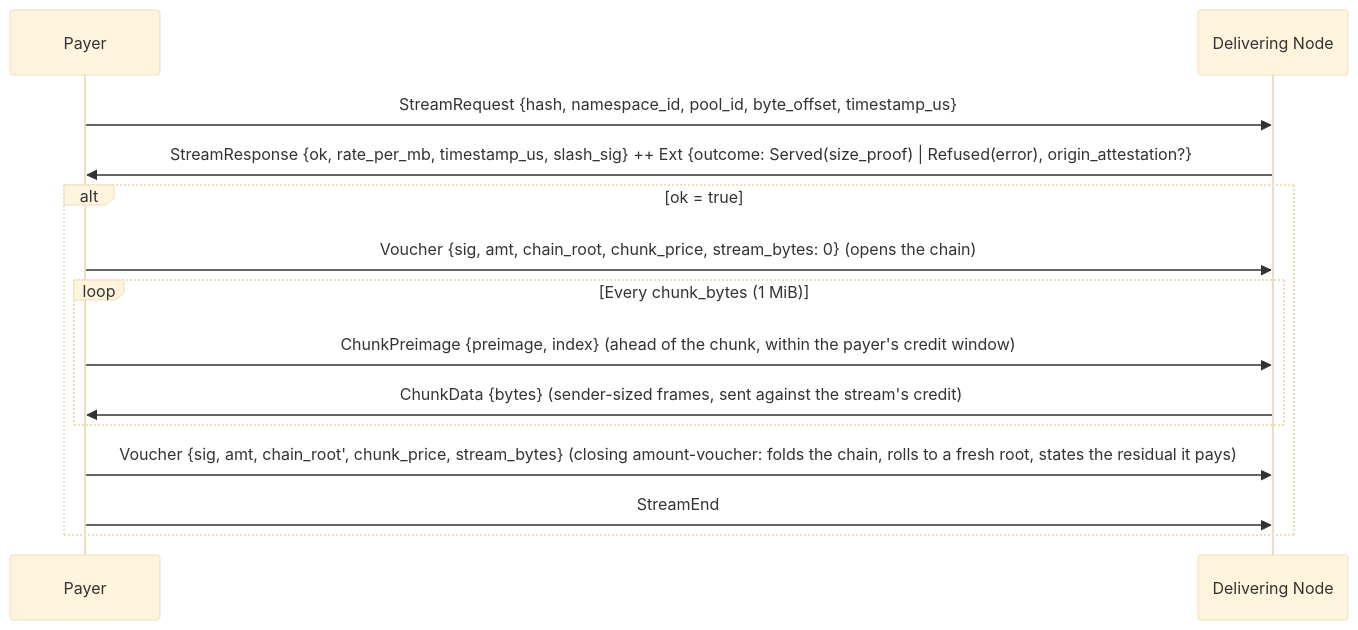
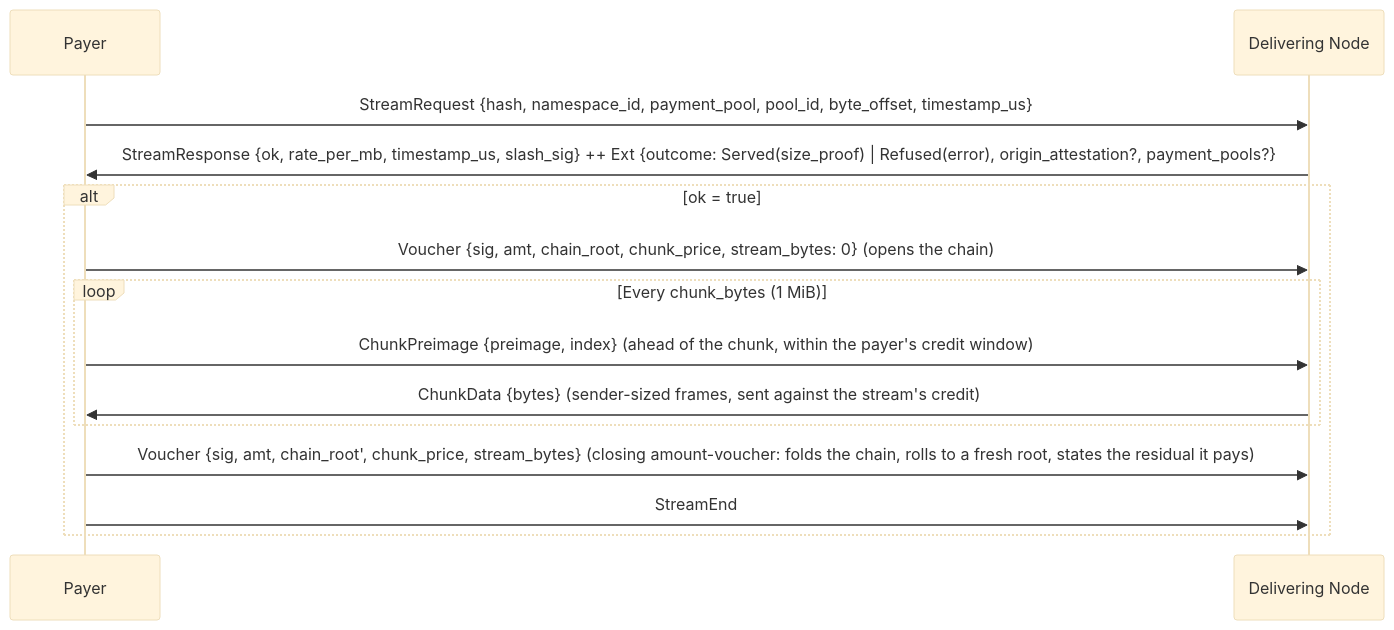
The second of 3 diagrams in adr/005-protocol.md (decdn/decdn), drawn with Mermaid (base theme) before and after one commit. The commit also changed other lines of this file and 354 other files, not shown here.

````diff
--- a/adr/005-protocol.md
+++ b/adr/005-protocol.md
@@ -99,18 +101,18 @@
 ```mermaid
 sequenceDiagram
     participant P as Payer
     participant D as Delivering Node
 
-    P->>D: StreamRequest {hash, namespace_id, pool_id, byte_offset, timestamp_us}
-    D->>P: StreamResponse {ok, rate_per_mb, timestamp_us, slash_sig} ++ Ext {outcome: Served(size_proof) | Refused(error), origin_attestation?}
+    P->>D: StreamRequest {hash, namespace_id, payment_pool, pool_id, byte_offset, timestamp_us}
+    D->>P: StreamResponse {ok, rate_per_mb, timestamp_us, slash_sig} ++ Ext {outcome: Served(size_proof) | Refused(error), origin_attestation?, payment_pools?}
 
     alt ok = true
         P->>D: Voucher {sig, amt, chain_root, chunk_price, stream_bytes: 0} (opens the chain)
         loop Every chunk_bytes (1 MiB)
             P->>D: ChunkPreimage {preimage, index} (ahead of the chunk, within the payer's credit window)
             D->>P: ChunkData {bytes} (sender-sized frames, sent against the stream's credit)
         end
         P->>D: Voucher {sig, amt, chain_root', chunk_price, stream_bytes} (closing amount-voucher: folds the chain, rolls to a fresh root, states the residual it pays)
         P->>D: StreamEnd
     end
 ```
````
